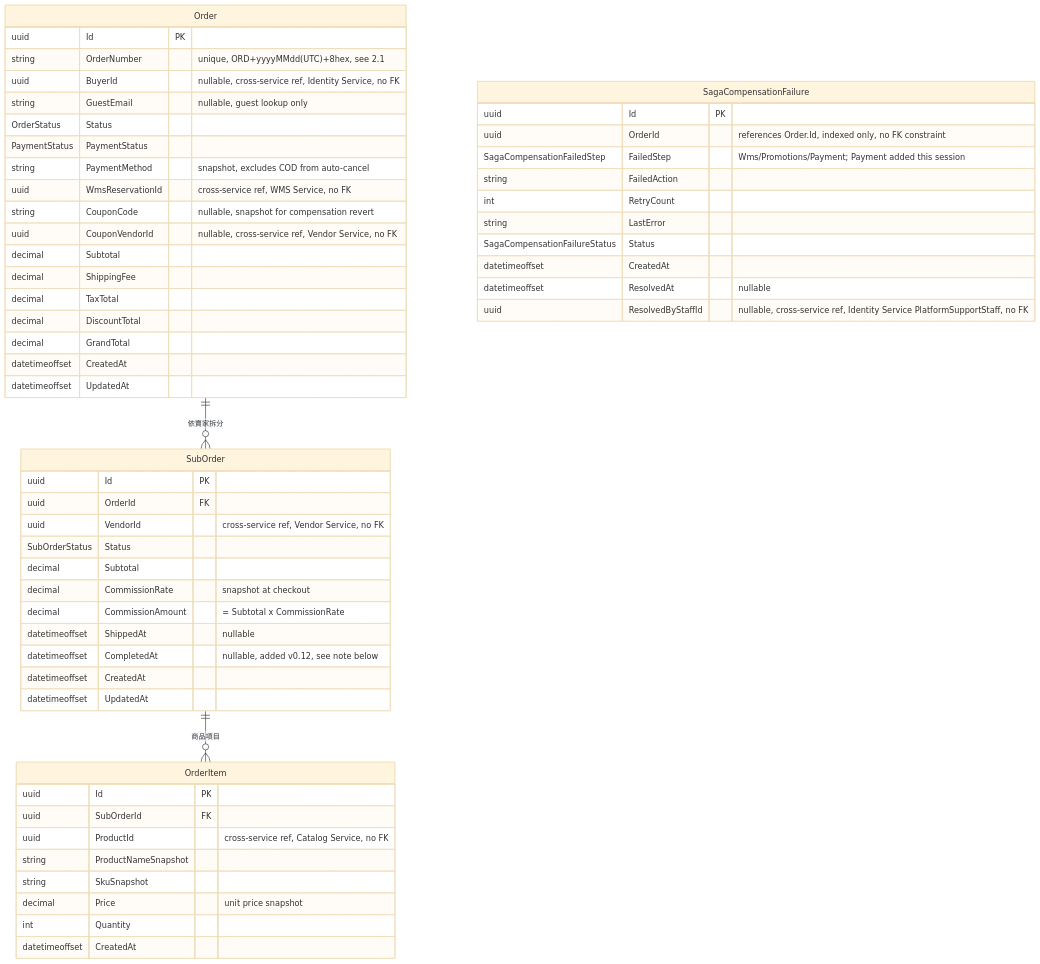
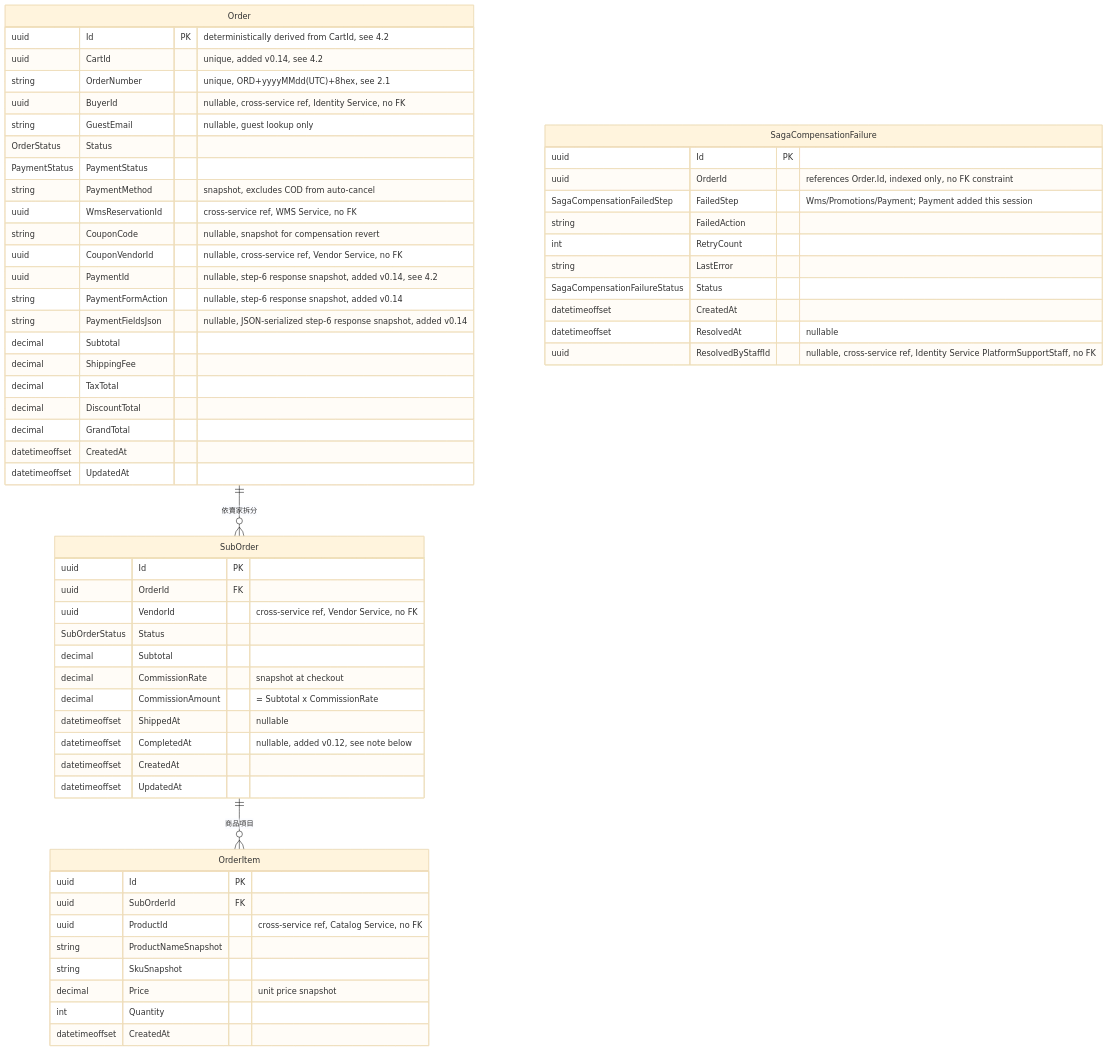
The first of 2 diagrams in docs/17-service-order.md (roycecole/suxo-shop-spec), drawn with Mermaid (base theme) before and after one commit. The commit also changed other lines of this file and 4 other files, not shown here.

````diff
--- a/docs/17-service-order.md
+++ b/docs/17-service-order.md
@@ -48,60 +49,64 @@
 ```mermaid
 erDiagram
     Order ||--o{ SubOrder : "依賣家拆分"
     SubOrder ||--o{ OrderItem : "商品項目"
 
     Order {
-        uuid Id PK
+        uuid Id PK "deterministically derived from CartId, see 4.2"
+        uuid CartId "unique, added v0.14, see 4.2"
         string OrderNumber "unique, ORD+yyyyMMdd(UTC)+8hex, see 2.1"
         uuid BuyerId "nullable, cross-service ref, Identity Service, no FK"
         string GuestEmail "nullable, guest lookup only"
         OrderStatus Status
         PaymentStatus PaymentStatus
         string PaymentMethod "snapshot, excludes COD from auto-cancel"
         uuid WmsReservationId "cross-service ref, WMS Service, no FK"
         string CouponCode "nullable, snapshot for compensation revert"
         uuid CouponVendorId "nullable, cross-service ref, Vendor Service, no FK"
+        uuid PaymentId "nullable, step-6 response snapshot, added v0.14, see 4.2"
+        string PaymentFormAction "nullable, step-6 response snapshot, added v0.14"
+        string PaymentFieldsJson "nullable, JSON-serialized step-6 response snapshot, added v0.14"
         decimal Subtotal
         decimal ShippingFee
         decimal TaxTotal
         decimal DiscountTotal
         decimal GrandTotal
         datetimeoffset CreatedAt
         datetimeoffset UpdatedAt
     }
     SubOrder {
         uuid Id PK
         uuid OrderId FK
         uuid VendorId "cross-service ref, Vendor Service, no FK"
         SubOrderStatus Status
         decimal Subtotal
         decimal CommissionRate "snapshot at checkout"
         decimal CommissionAmount "= Subtotal x CommissionRate"
         datetimeoffset ShippedAt "nullable"
         datetimeoffset CompletedAt "nullable, added v0.12, see note below"
         datetimeoffset CreatedAt
         datetimeoffset UpdatedAt
     }
     OrderItem {
         uuid Id PK
         uuid SubOrderId FK
         uuid ProductId "cross-service ref, Catalog Service, no FK"
         string ProductNameSnapshot
         string SkuSnapshot
         decimal Price "unit price snapshot"
         int Quantity
         datetimeoffset CreatedAt
     }
     SagaCompensationFailure {
         uuid Id PK
         uuid OrderId "references Order.Id, indexed only, no FK constraint"
         SagaCompensationFailedStep FailedStep "Wms/Promotions/Payment; Payment added this session"
         string FailedAction
         int RetryCount
         string LastError
         SagaCompensationFailureStatus Status
         datetimeoffset CreatedAt
         datetimeoffset ResolvedAt "nullable"
         uuid ResolvedByStaffId "nullable, cross-service ref, Identity Service PlatformSupportStaff, no FK"
     }
 ```
````
